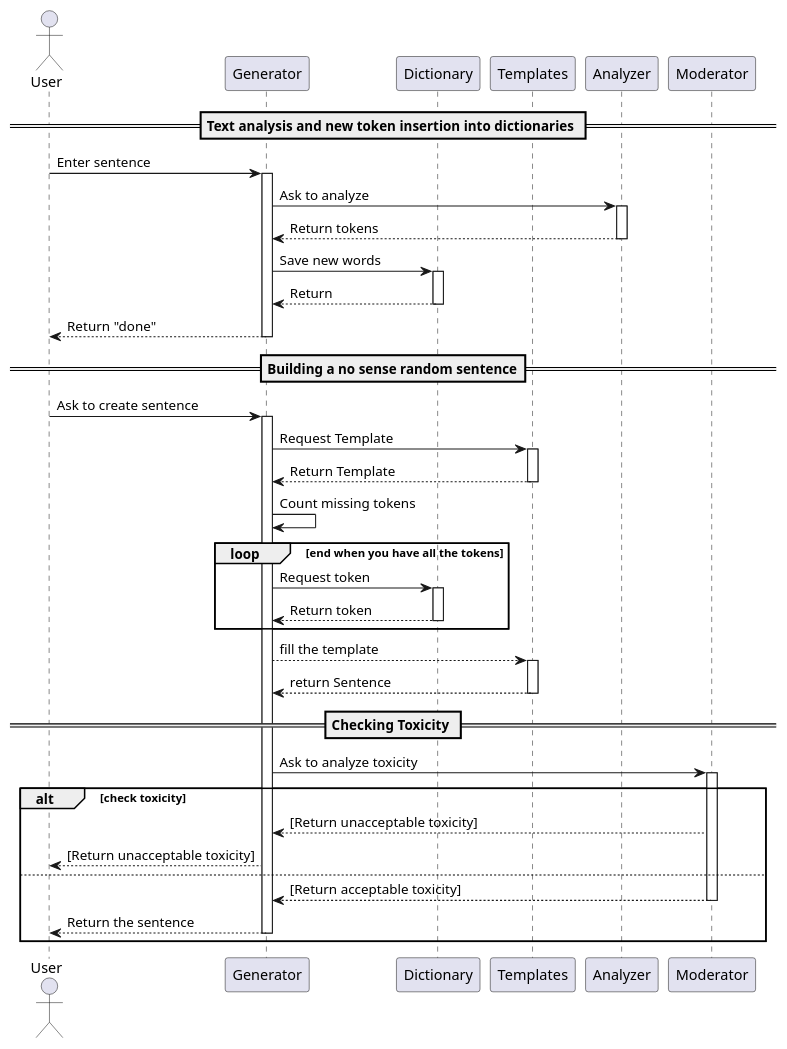
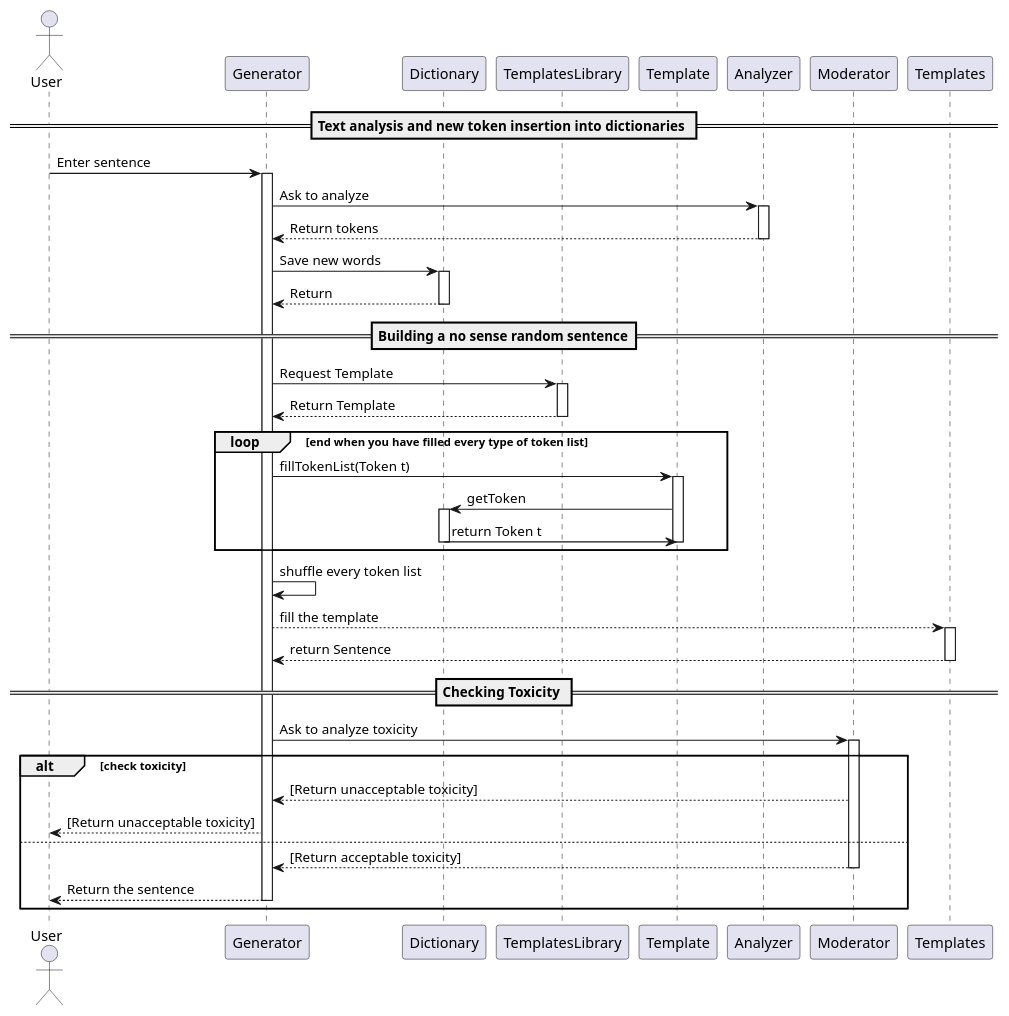
Before and after one commit to FedeRio-Biscotto/nosensegenerator: the diagram in UML_graph/External.puml, drawn with PlantUML. The commit also changed 3 other files, not shown here.

```diff
--- a/UML_graph/External.puml
+++ b/UML_graph/External.puml
@@ -1,62 +1,64 @@
 @startuml System_Sequence_Diagrams_external
 
 'Dichiarazione degli attori e partecipanti
 actor User
 
 participant Generator
 participant Dictionary
-participant Templates
+participant TemplatesLibrary
+participant Template
 participant Analyzer
 participant Moderator
 
 'Prima parte del grafico
 == Text analysis and new token insertion into dictionaries ==
 User -> Generator: Enter sentence
 activate Generator
 Generator -> Analyzer: Ask to analyze
 activate Analyzer
 Analyzer --> Generator: Return tokens
 deactivate Analyzer
 Generator -> Dictionary: Save new words
 activate Dictionary
 Dictionary --> Generator: Return
 deactivate Dictionary
-Generator --> User: Return "done"
-deactivate Generator
 
 'Seconda parte del grafico
 == Building a no sense random sentence==
-User -> Generator: Ask to create sentence
-activate Generator
-Generator -> Templates: Request Template
-activate Templates
-Templates --> Generator: Return Template
-deactivate Templates
-Generator -> Generator: Count missing tokens
+Generator -> TemplatesLibrary: Request Template
+activate TemplatesLibrary
+TemplatesLibrary --> Generator: Return Template
+deactivate TemplatesLibrary
 
-loop end when you have all the tokens
-    Generator -> Dictionary: Request token
-    activate Dictionary
-    Dictionary --> Generator: Return token
-    deactivate Dictionary
+loop end when you have filled every type of token list
+Generator -> Template: fillTokenList(Token t)
+activate Template
+Template -> Dictionary: getToken
+activate Dictionary
+Dictionary -> Template: return Token t
+deactivate Dictionary
+deactivate Template
 end
+
+Generator -> Generator: shuffle every token list
+
 Generator --> Templates : fill the template
 activate Templates
 Templates --> Generator: return Sentence
 deactivate Templates
 
 == Checking Toxicity ==
 Generator -> Moderator: Ask to analyze toxicity
 activate Moderator
 alt check toxicity
     Moderator --> Generator: [Return unacceptable toxicity]
     Generator --> User: [Return unacceptable toxicity]
 else
     Moderator --> Generator: [Return acceptable toxicity]
     deactivate Moderator
     Generator --> User: Return the sentence
     deactivate Generator
 end
 
 
 @enduml
```
